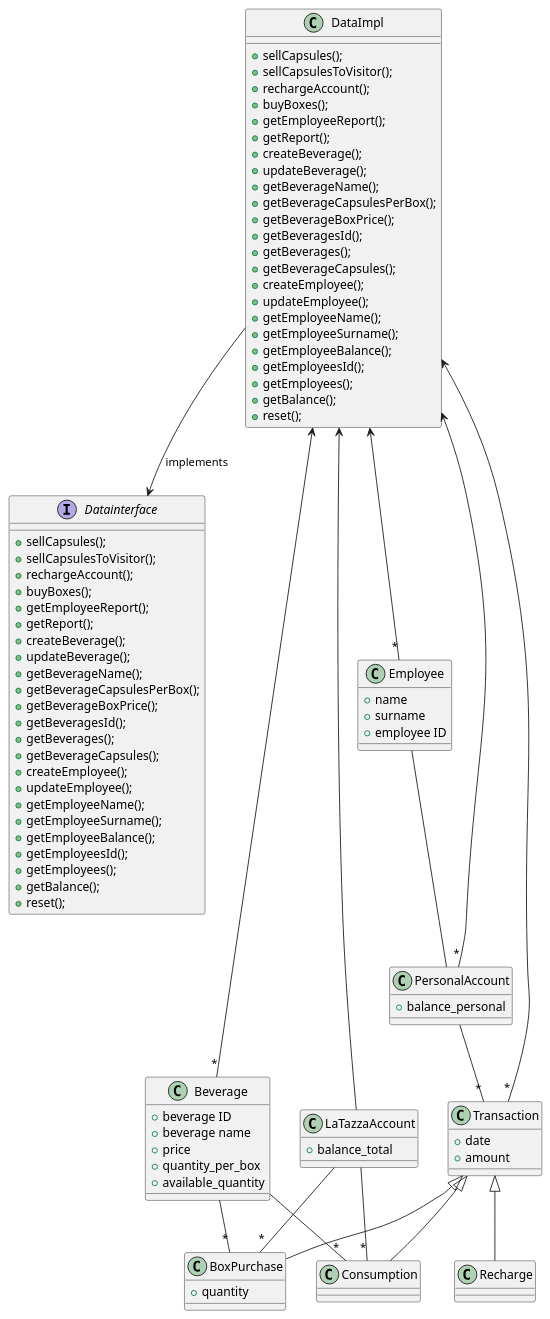
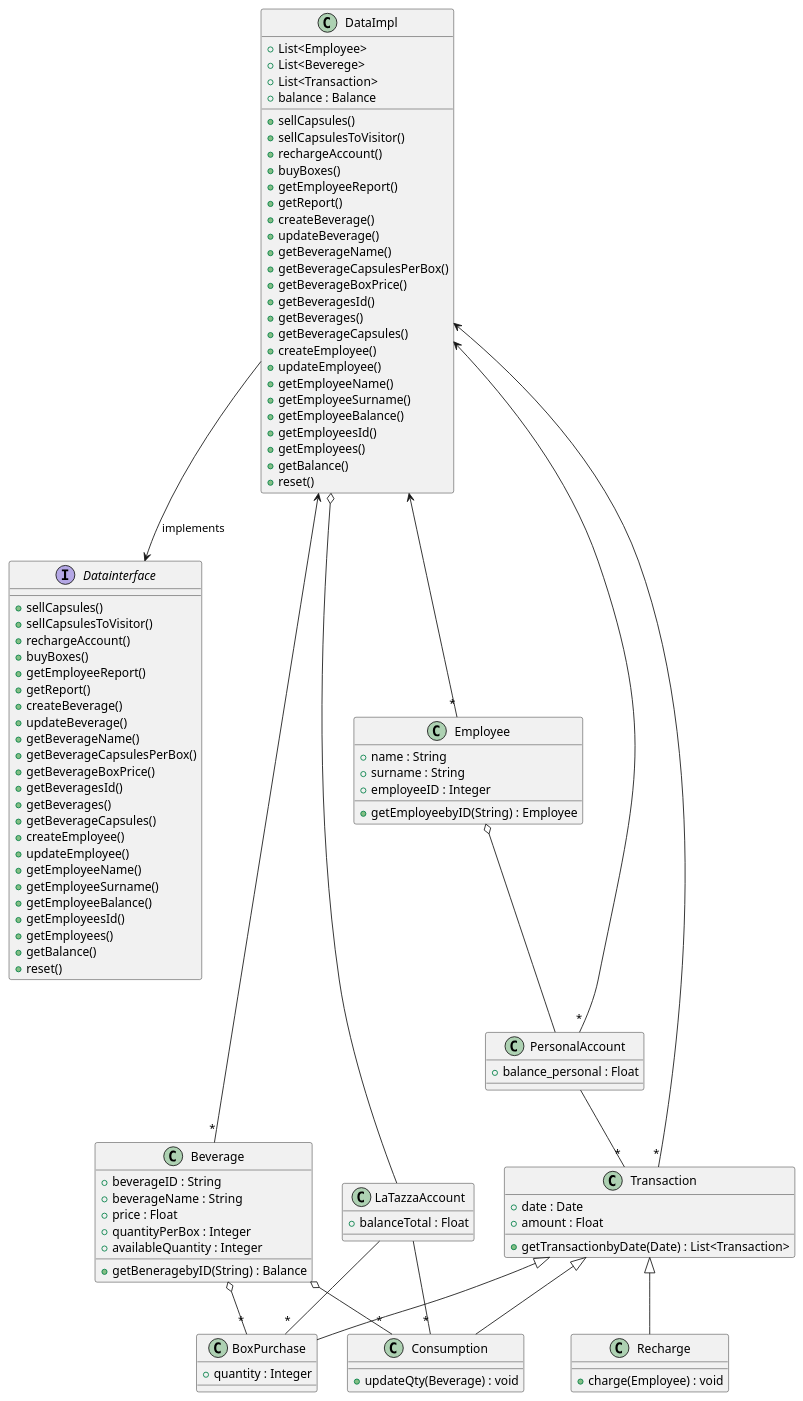
Before and after one commit to salvatore-dimartino/LaTazza: the fourth of 8 diagrams in templates/DesignDocumentTemplate.md, drawn with PlantUML. The commit also changed other lines of this file, not shown here.

```diff
--- a/templates/DesignDocumentTemplate.md
+++ b/templates/DesignDocumentTemplate.md
@@ -75,103 +98,116 @@
 allowmixing
 
 interface Datainterface {
-    +sellCapsules();
-    +sellCapsulesToVisitor();
-    +rechargeAccount();
-    +buyBoxes();
-    +getEmployeeReport();
-    +getReport();
-    +createBeverage();
-    +updateBeverage();
-    +getBeverageName();
-    +getBeverageCapsulesPerBox();
-    +getBeverageBoxPrice();
-    +getBeveragesId();
-    +getBeverages();
-    +getBeverageCapsules();
-    +createEmployee();
-    +updateEmployee();
-    +getEmployeeName();
-    +getEmployeeSurname();
-    +getEmployeeBalance();
-    +getEmployeesId();
-    +getEmployees();
-    +getBalance();
-    +reset();
+    +sellCapsules()
+    +sellCapsulesToVisitor()
+    +rechargeAccount()
+    +buyBoxes()
+    +getEmployeeReport()
+    +getReport()
+    +createBeverage()
+    +updateBeverage()
+    +getBeverageName()
+    +getBeverageCapsulesPerBox()
+    +getBeverageBoxPrice()
+    +getBeveragesId()
+    +getBeverages()
+    +getBeverageCapsules()
+    +createEmployee()
+    +updateEmployee()
+    +getEmployeeName()
+    +getEmployeeSurname()
+    +getEmployeeBalance()
+    +getEmployeesId()
+    +getEmployees()
+    +getBalance()
+    +reset()
 }
 
 class DataImpl {
-    +sellCapsules();
-    +sellCapsulesToVisitor();
-    +rechargeAccount();
-    +buyBoxes();
-    +getEmployeeReport();
-    +getReport();
-    +createBeverage();
-    +updateBeverage();
-    +getBeverageName();
-    +getBeverageCapsulesPerBox();
-    +getBeverageBoxPrice();
-    +getBeveragesId();
-    +getBeverages();
-    +getBeverageCapsules();
-    +createEmployee();
-    +updateEmployee();
-    +getEmployeeName();
-    +getEmployeeSurname();
-    +getEmployeeBalance();
-    +getEmployeesId();
-    +getEmployees();
-    +getBalance();
-    +reset();
+
+    +List<Employee>
+    +List<Beverege>
+    +List<Transaction>
+    +balance : Balance
+
+    +sellCapsules()
+    +sellCapsulesToVisitor()
+    +rechargeAccount()
+    +buyBoxes()
+    +getEmployeeReport()
+    +getReport()
+    +createBeverage()
+    +updateBeverage()
+    +getBeverageName()
+    +getBeverageCapsulesPerBox()
+    +getBeverageBoxPrice()
+    +getBeveragesId()
+    +getBeverages()
+    +getBeverageCapsules()
+    +createEmployee()
+    +updateEmployee()
+    +getEmployeeName()
+    +getEmployeeSurname()
+    +getEmployeeBalance()
+    +getEmployeesId()
+    +getEmployees()
+    +getBalance()
+    +reset()
 }
 
 DataImpl --> Datainterface: implements
 
 class PersonalAccount {
-+ balance_personal
+    +balance_personal : Float
 }
 
 PersonalAccount "*" --> DataImpl
 
 class LaTazzaAccount {
-+ balance_total
+    +balanceTotal : Float
 }
 
 class Employee {
-+ name
-+ surname
-+ employee ID
+    +name : String
+    +surname : String
+    +employeeID : Integer
+    +getEmployeebyID(String) : Employee
+
 }
 
 class Beverage {
-+ beverage ID
-+ beverage name
-+ price
-+ quantity_per_box
-+ available_quantity
+    +beverageID : String
+    +beverageName : String
+    +price : Float
+    +quantityPerBox : Integer
+    +availableQuantity : Integer
+    +getBeneragebyID(String) : Balance
 }
 
 class BoxPurchase {
-+ quantity
+    
+    +quantity : Integer
 }
 
 class Transaction {
-+ date
-+ amount
+    +date : Date
+    +amount : Float
+
+
+    +getTransactionbyDate(Date) : List<Transaction>
 }
 
 DataImpl <-- "*" Employee
 DataImpl <-- "*" Beverage
-DataImpl <-- LaTazzaAccount
+DataImpl o-- LaTazzaAccount
 
 LaTazzaAccount -- "*" BoxPurchase
 LaTazzaAccount -- "*" Consumption
 
-Beverage -- "*" Consumption
-Beverage -- "*" BoxPurchase
+Beverage o-- "*" Consumption
+Beverage o-- "*" BoxPurchase
 
-Employee -- PersonalAccount
+Employee o-- PersonalAccount
 PersonalAccount -- "*" Transaction
 
 Transaction <|-- Recharge
@@ -180,8 +216,12 @@
 
 Transaction "*" --> DataImpl
 
-class Recharge
-class Consumption
+class Recharge {
+    +charge(Employee) : void
+}
+class Consumption {
+    +updateQty(Beverage) : void
+}
 
 
 @enduml
```
